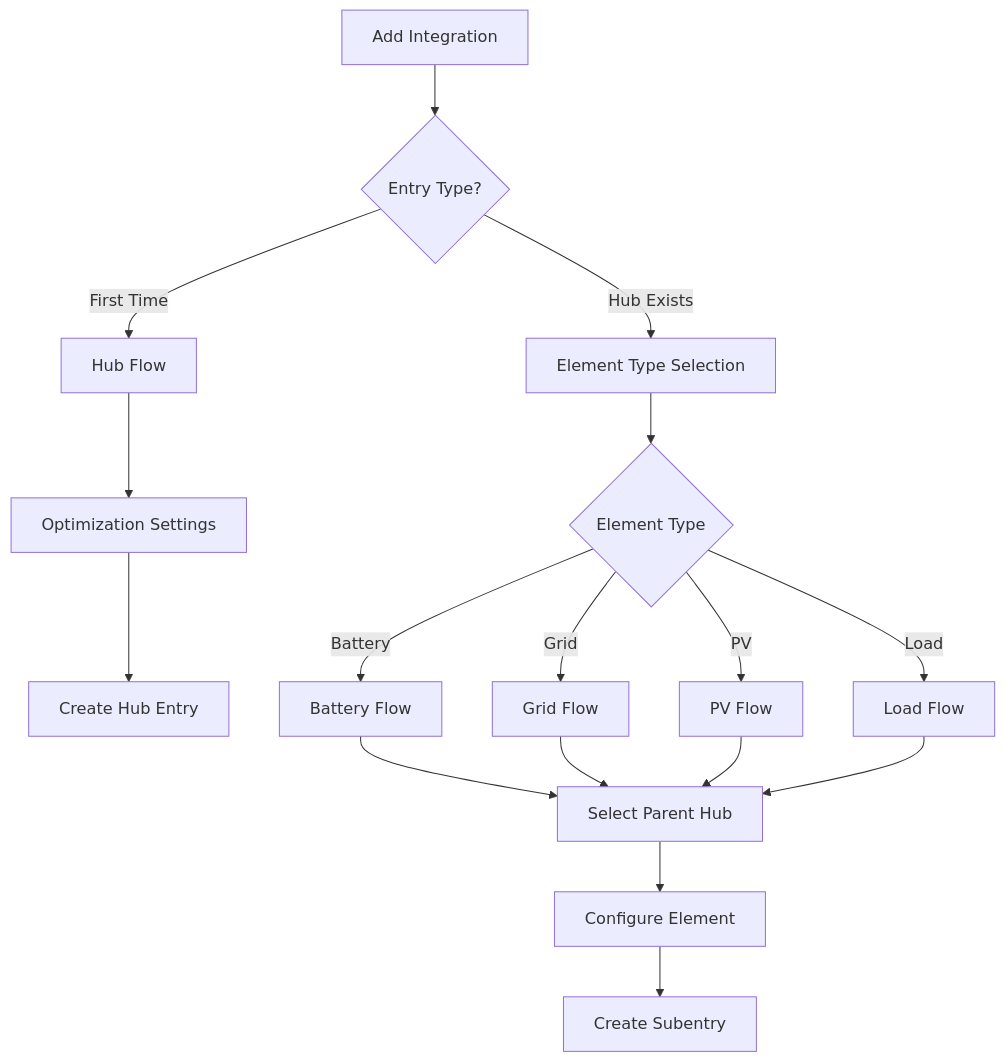
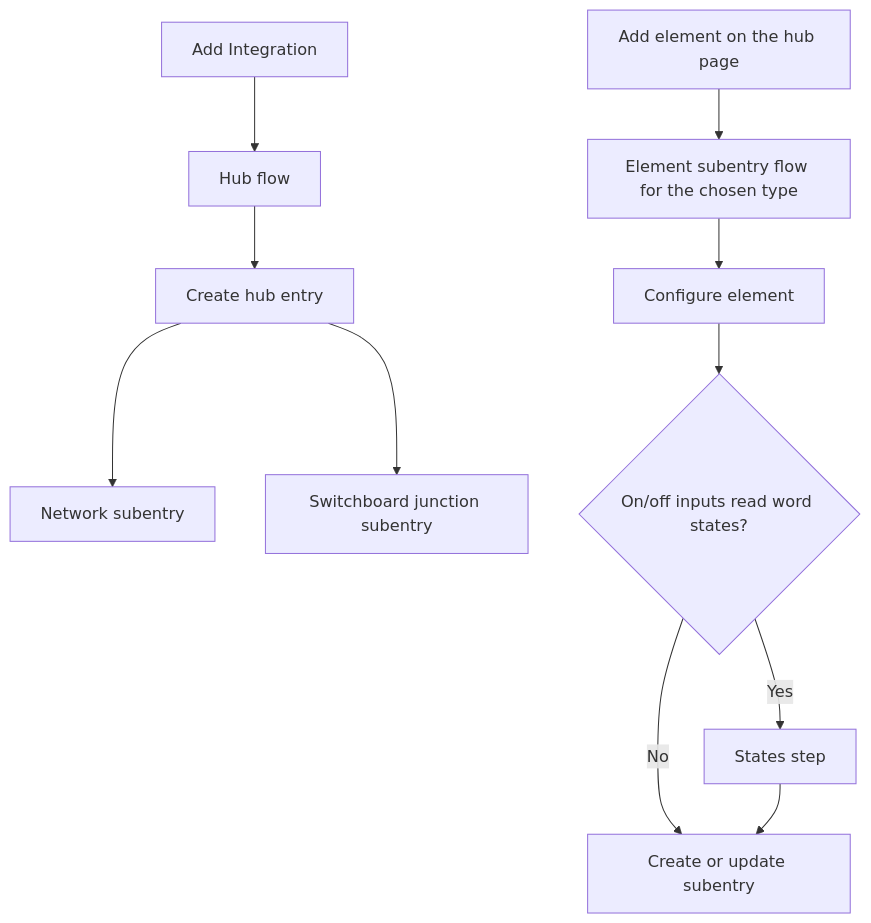
One commit to hass-energy/haeo changed the diagram in docs/developer-guide/config-flow.md. Above: the diagram before and after it, drawn with Mermaid. The commit also changed other lines of this file and 52 other files, not shown here.

````diff
--- a/docs/developer-guide/config-flow.md
+++ b/docs/developer-guide/config-flow.md
@@ -29,19 +20,13 @@
 ```mermaid
 graph TD
-    A[Add Integration] --> B{Entry Type?}
-    B -->|First Time| C[Hub Flow]
-    B -->|Hub Exists| D[Element Type Selection]
-    C --> E[Optimization Settings]
-    E --> F[Create Hub Entry]
-    D --> G{Element Type}
-    G -->|Battery| H[Battery Flow]
-    G -->|Grid| I[Grid Flow]
-    G -->|PV| J[PV Flow]
-    G -->|Load| K[Load Flow]
-    H --> L[Select Parent Hub]
-    I --> L
-    J --> L
-    K --> L
-    L --> M[Configure Element]
-    M --> N[Create Subentry]
+    A[Add Integration] --> B[Hub flow]
+    B --> C[Create hub entry]
+    C --> D[Network subentry]
+    C --> E[Switchboard junction subentry]
+    F[Add element on the hub page] --> G[Element subentry flow for the chosen type]
+    G --> H[Configure element]
+    H --> I{On/off inputs read word states?}
+    I -->|Yes| J[States step]
+    I -->|No| K[Create or update subentry]
+    J --> K
 ```
````
